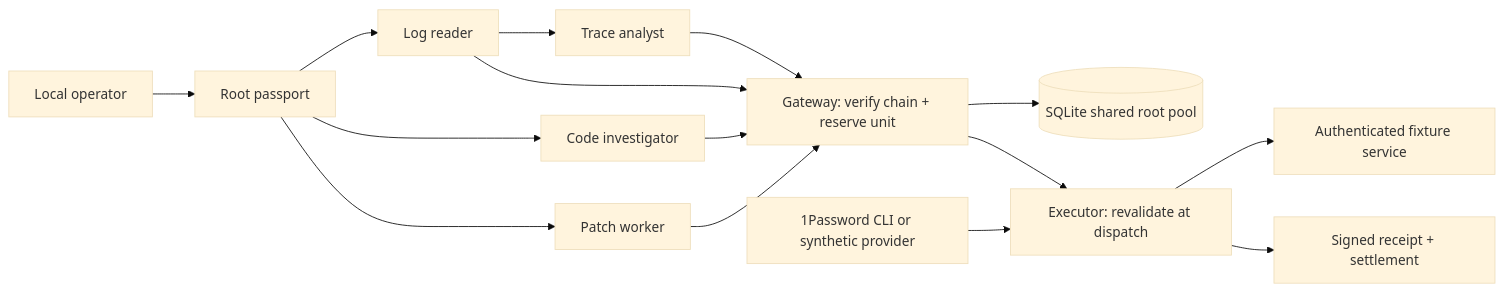
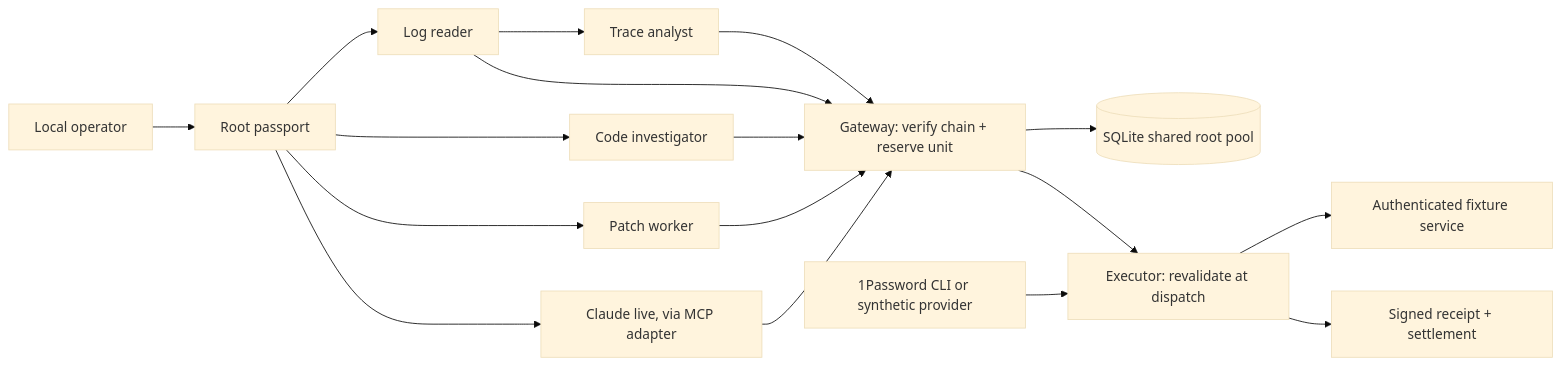
The diagram in README.md (thomasafroo/Agent-Passport), drawn with Mermaid (base theme) before and after one commit. The commit also changed other lines of this file and 15 other files, not shown here.

First line of the commit message:
Add MCP adapter so a live model can act through a passport

````diff
--- a/README.md
+++ b/README.md
@@ -87,14 +92,15 @@
 ```mermaid
 flowchart LR
     O[Local operator] --> G[Root passport]
     G --> A[Log reader]
     G --> B[Code investigator]
     G --> C[Patch worker]
     A --> D[Trace analyst]
-    A & B & C & D --> V[Gateway: verify chain + reserve unit]
+    G --> L[Claude live, via MCP adapter]
+    A & B & C & D & L --> V[Gateway: verify chain + reserve unit]
     V --> DB[(SQLite shared root pool)]
     V --> E[Executor: revalidate at dispatch]
     P[1Password CLI or synthetic provider] --> E
     E --> S[Authenticated fixture service]
     E --> R[Signed receipt + settlement]
 ```
````
